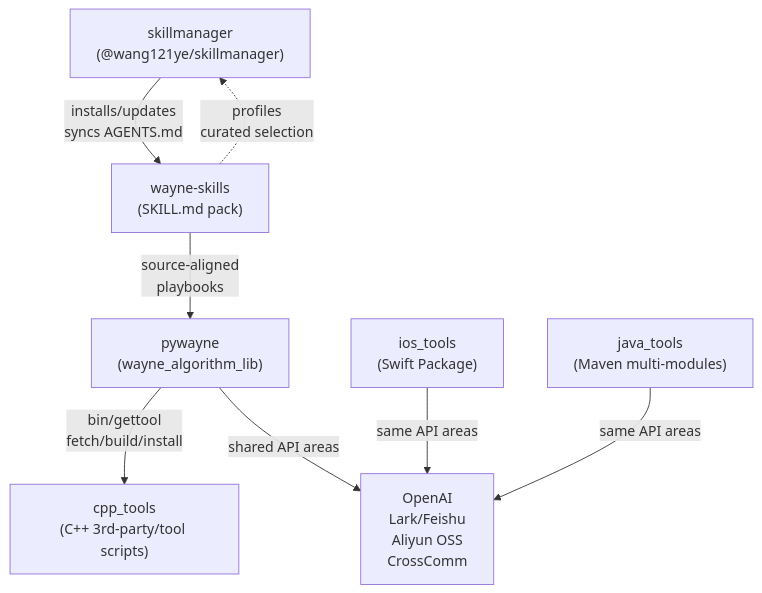
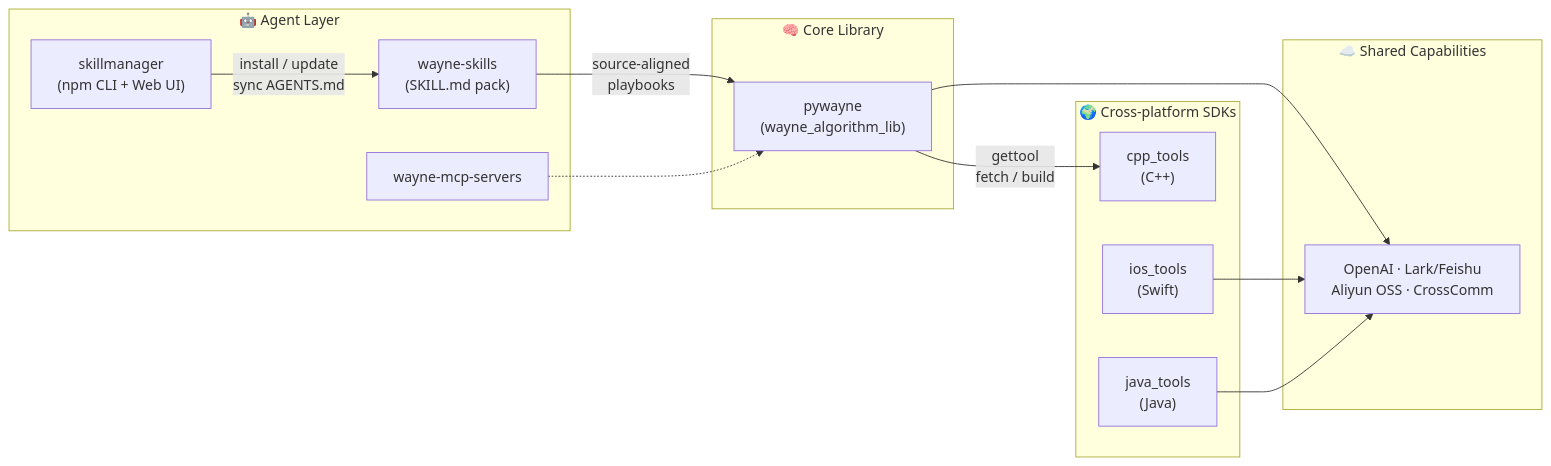
One commit to wangyendt/wangyendt changed the diagram in README.md. Above: the diagram before and after it, drawn with Mermaid. The commit also changed other lines of this file, not shown here.

Commit message:
重写个人主页 README：按领域重组项目展示，新增版本徽章与生态图

````diff
--- a/README.md
+++ b/README.md
@@ -84,14 +159,30 @@
 ```mermaid
-flowchart TD
-  SM["skillmanager\n(@wang121ye/skillmanager)"] -->|"installs/updates\nsyncs AGENTS.md"| WS["wayne-skills\n(SKILL.md pack)"]
+flowchart LR
+  subgraph AGENT["🤖 Agent Layer"]
+    SM["skillmanager<br/>(npm CLI + Web UI)"]
+    WS["wayne-skills<br/>(SKILL.md pack)"]
+    MCP["wayne-mcp-servers"]
+  end
 
-  WS -->|"source-aligned\nplaybooks"| PY["pywayne\n(wayne_algorithm_lib)"]
+  subgraph CORE["🧠 Core Library"]
+    PY["pywayne<br/>(wayne_algorithm_lib)"]
+  end
 
-  PY -->|"bin/gettool\nfetch/build/install"| CPP["cpp_tools\n(C++ 3rd-party/tool scripts)"]
+  subgraph SDK["🌍 Cross-platform SDKs"]
+    CPP["cpp_tools<br/>(C++)"]
+    IOS["ios_tools<br/>(Swift)"]
+    JAVA["java_tools<br/>(Java)"]
+  end
 
-  PY -->|"shared API areas"| F1["OpenAI\nLark/Feishu\nAliyun OSS\nCrossComm"]
-  IOS["ios_tools\n(Swift Package)"] -->|"same API areas"| F1
-  JAVA["java_tools\n(Maven multi-modules)"] -->|"same API areas"| F1
+  subgraph API["☁️ Shared Capabilities"]
+    F1["OpenAI · Lark/Feishu<br/>Aliyun OSS · CrossComm"]
+  end
 
-  WS -. "profiles\ncurated selection" .-> SM
+  SM -->|"install / update<br/>sync AGENTS.md"| WS
+  WS -->|"source-aligned<br/>playbooks"| PY
+  PY -->|"gettool<br/>fetch / build"| CPP
+  PY --> F1
+  IOS --> F1
+  JAVA --> F1
+  MCP -.-> PY
 ```
````
